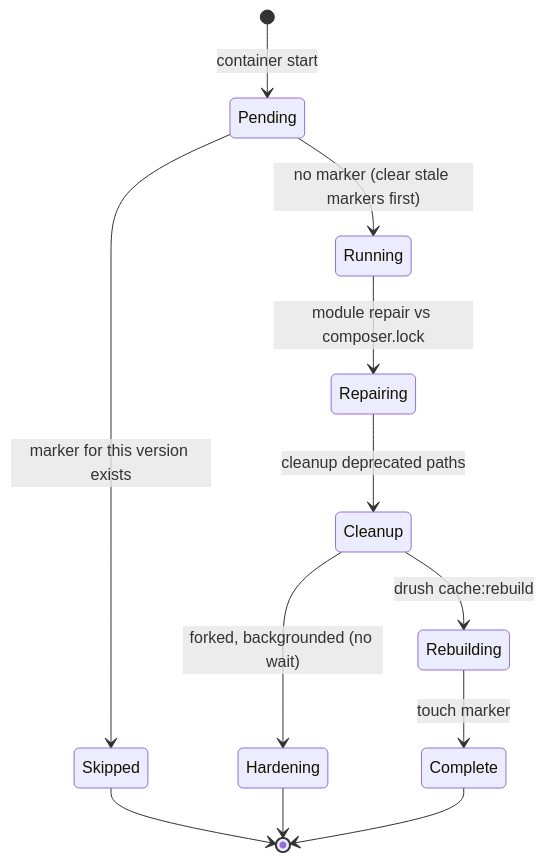
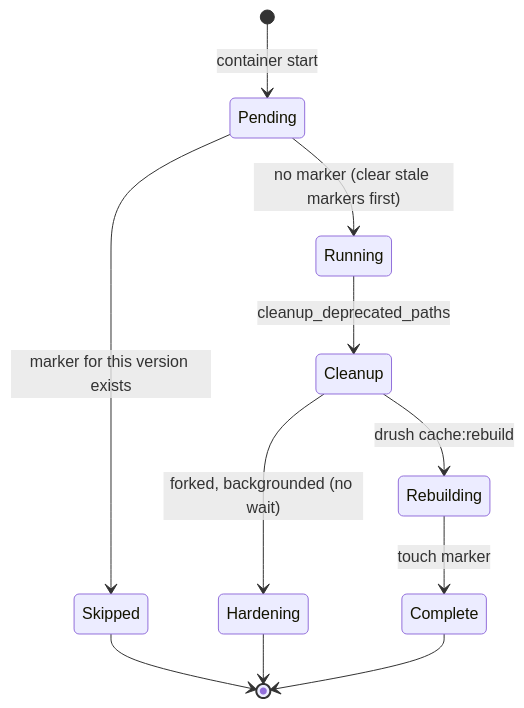
One commit to scbd/drupal-docker-wrapper changed the ninth of 9 diagrams in docs/architectural-plan.md. Above: the diagram before and after it, drawn with Mermaid. The commit also changed other lines of this file and 11 other files, not shown here.

````diff
--- a/docs/architectural-plan.md
+++ b/docs/architectural-plan.md
@@ -442,14 +429,13 @@
 ```mermaid
 stateDiagram-v2
   [*] --> Pending: container start
   Pending --> Skipped: marker for this version exists
   Pending --> Running: no marker (clear stale markers first)
-  Running --> Repairing: module repair vs composer.lock
-  Repairing --> Cleanup: cleanup deprecated paths
+  Running --> Cleanup: cleanup_deprecated_paths
   Cleanup --> Hardening: forked, backgrounded (no wait)
   Cleanup --> Rebuilding: drush cache:rebuild
   Rebuilding --> Complete: touch marker
   Hardening --> [*]
   Skipped --> [*]
   Complete --> [*]
 ```
````
